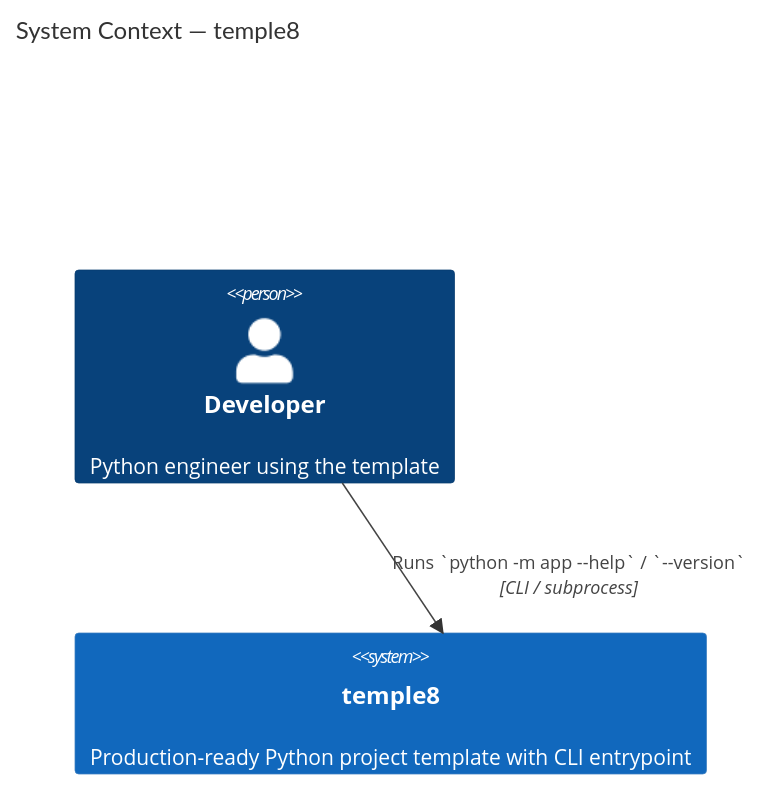
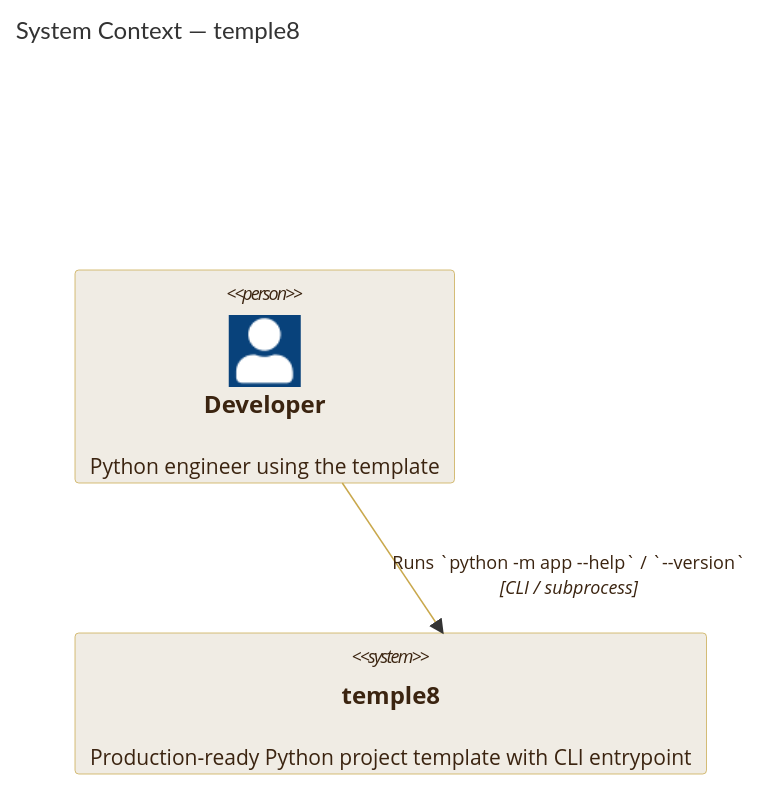
One commit to nullhack/python-project-template changed the first of 3 diagrams in docs/system.md. Above: the diagram before and after it, drawn with Mermaid. The commit also changed other lines of this file and 9 other files, not shown here.

Commit message:
feat(docs): apply branding accent colors to mermaid diagrams in system.md

````diff
--- a/docs/system.md
+++ b/docs/system.md
@@ -21,11 +21,14 @@
 ```mermaid
-%%{init: {'theme': 'base', 'themeVariables': {'primaryColor': '#f0ece4', 'lineColor': '#c9a84c'}}}%%
 C4Context
   title System Context — temple8
 
   Person(dev, "Developer", "Python engineer using the template")
 
   System(temple8, "temple8", "Production-ready Python project template with CLI entrypoint")
 
   Rel(dev, temple8, "Runs `python -m app --help` / `--version`", "CLI / subprocess")
+
+  UpdateElementStyle(dev, $bgColor="#f0ece4", $fontColor="#3b2410", $borderColor="#c9a84c")
+  UpdateElementStyle(temple8, $bgColor="#f0ece4", $fontColor="#3b2410", $borderColor="#c9a84c")
+  UpdateRelStyle(dev, temple8, $textColor="#3b2410", $lineColor="#c9a84c")
 ```
````
